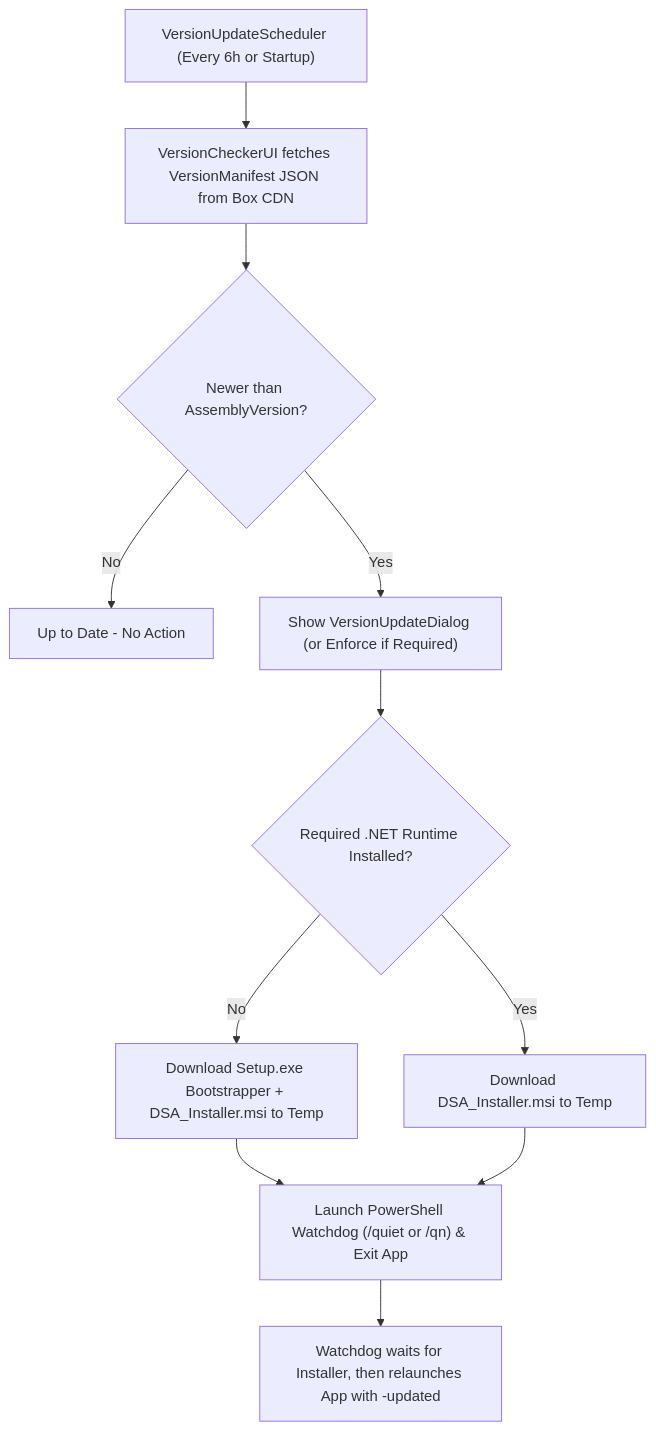
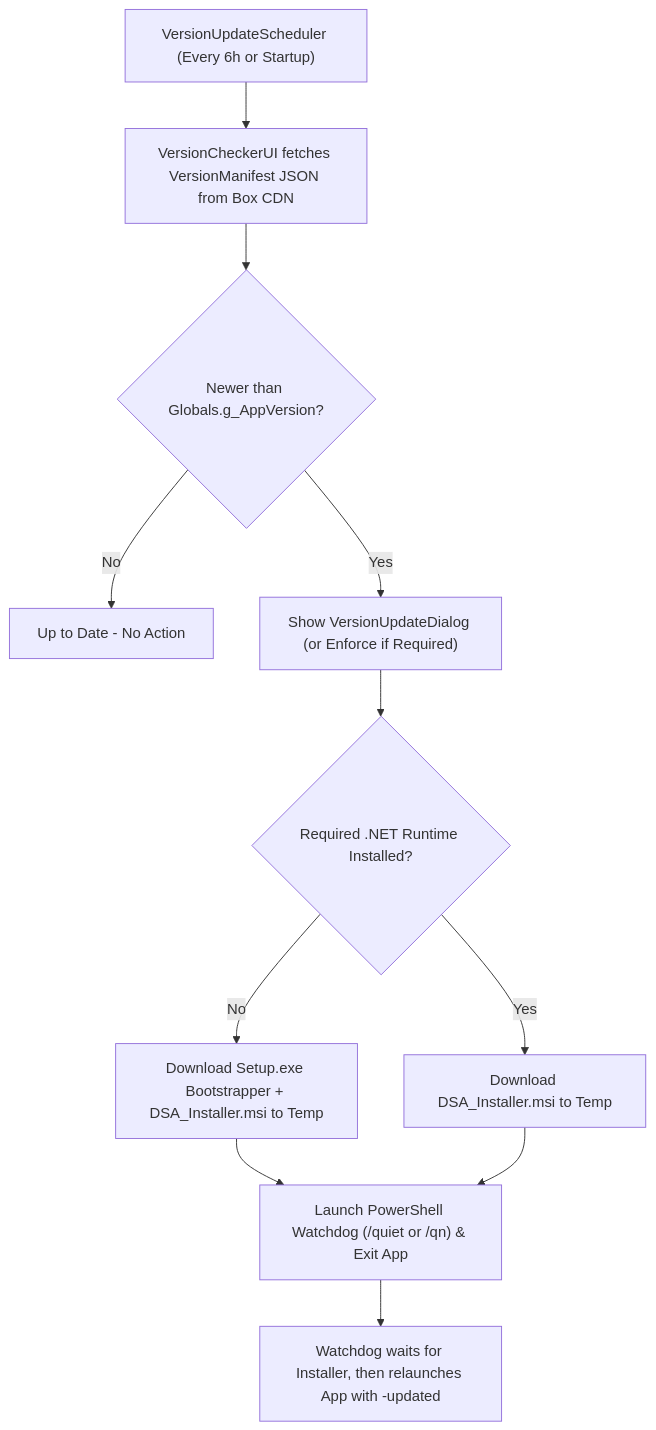
The fourth of 4 diagrams in docs/ARCHITECTURE.md (ibroomallaz/Desktop-Support), drawn with Mermaid before and after one commit. The commit also changed other lines of this file and 2 other files, not shown here.

````diff
--- a/docs/ARCHITECTURE.md
+++ b/docs/ARCHITECTURE.md
@@ -378,13 +378,13 @@
 ```mermaid
 flowchart TD
     Trigger["VersionUpdateScheduler (Every 6h or Startup)"] --> Fetch["VersionCheckerUI fetches VersionManifest JSON from Box CDN"]
-    Fetch --> Compare{"Newer than AssemblyVersion?"}
+    Fetch --> Compare{"Newer than Globals.g_AppVersion?"}
     Compare -- "No" --> UpToDate["Up to Date - No Action"]
     Compare -- "Yes" --> Prompt["Show VersionUpdateDialog (or Enforce if Required)"]
     Prompt --> DotNetCheck{"Required .NET Runtime Installed?"}
     DotNetCheck -- "No" --> DlBoth["Download Setup.exe Bootstrapper + DSA_Installer.msi to Temp"]
     DotNetCheck -- "Yes" --> DlMsi["Download DSA_Installer.msi to Temp"]
     DlBoth --> Watchdog["Launch PowerShell Watchdog (/quiet or /qn) & Exit App"]
     DlMsi --> Watchdog
     Watchdog --> Relaunch["Watchdog waits for Installer, then relaunches App with -updated"]
 ```
````
